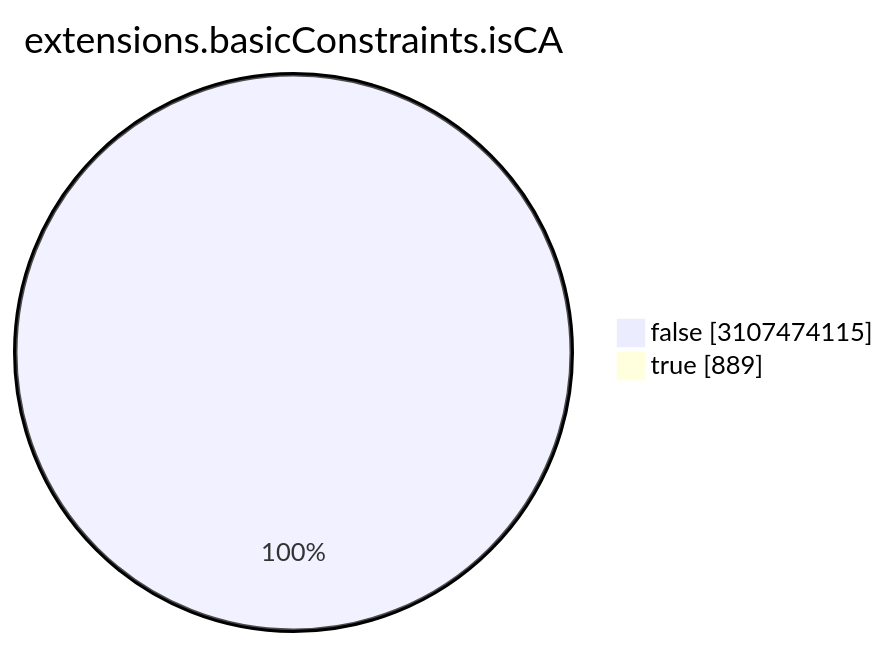
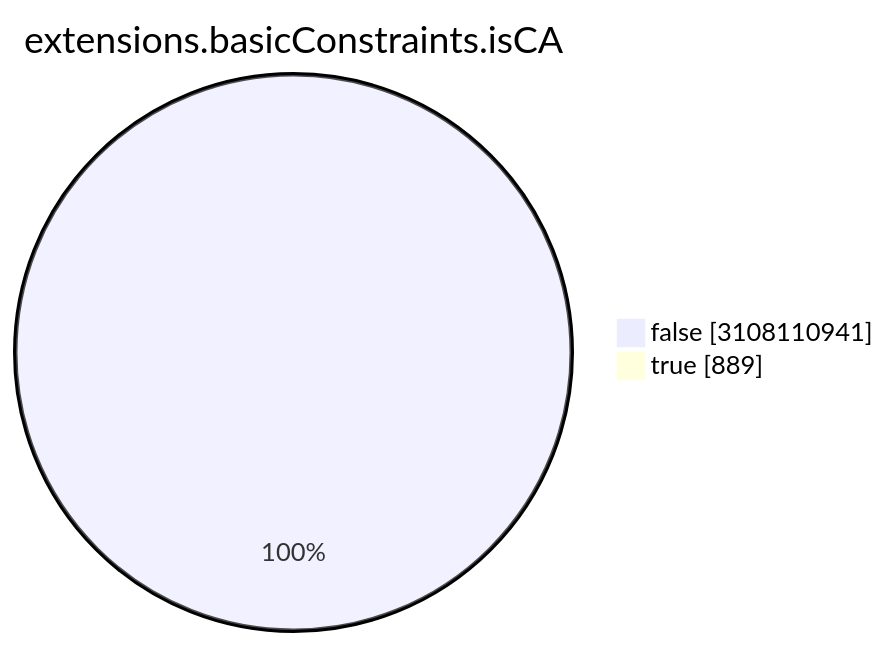
Before and after one commit to christiankrug/ctmonitor_visualization: the seventh of 15 diagrams in TOTAL/README.md, drawn with Mermaid. The commit also changed other lines of this file, not shown here.

````diff
--- a/TOTAL/README.md
+++ b/TOTAL/README.md
@@ -3088,6 +3088,6 @@
 ```mermaid
 pie showData
 title extensions.basicConstraints.isCA
-"false" :3107474115
+"false" :3108110941
 "true" :889
 ```
````
